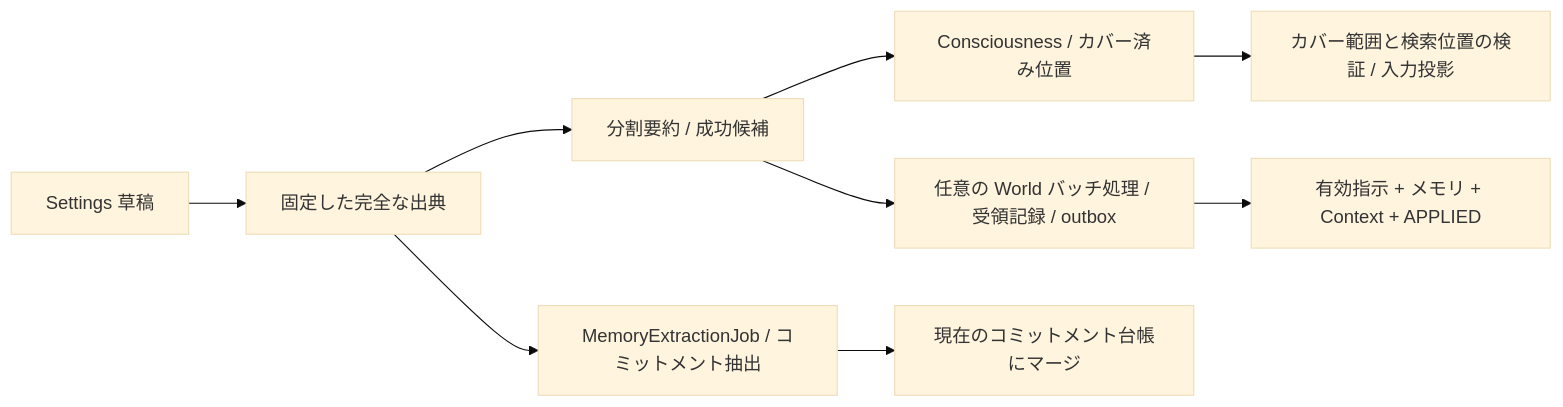
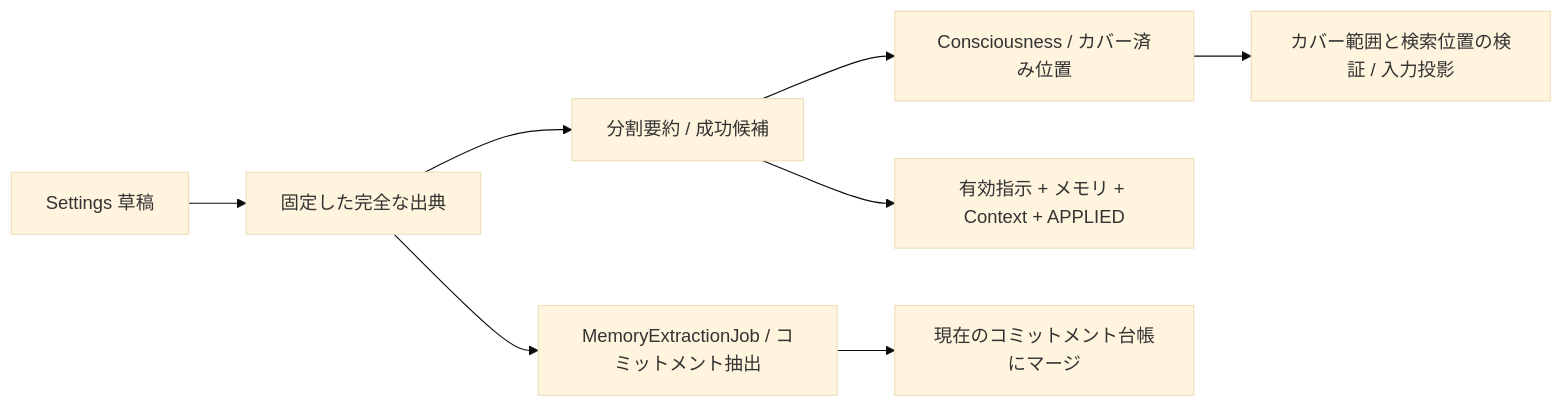
One commit to ExplodeCode6324/Secretary changed the third of 4 diagrams in docs/ja/data-flow.md. Above: the diagram before and after it, drawn with Mermaid (base theme). The commit also changed other lines of this file and 140 other files, not shown here.

````diff
--- a/docs/ja/data-flow.md
+++ b/docs/ja/data-flow.md
@@ -53,11 +53,10 @@
 ```mermaid
 flowchart LR
   Source[固定した完全な出典] --> Summary[分割要約 / 成功候補]
   Summary --> Memory[Consciousness / カバー済み位置]
   Source --> Extract[MemoryExtractionJob / コミットメント抽出]
   Extract --> Ledger[現在のコミットメント台帳にマージ]
   Memory --> Projection[カバー範囲と検索位置の検証 / 入力投影]
   Draft[Settings 草稿] --> Source
-  Summary --> World[任意の World バッチ処理 / 受領記録 / outbox]
-  World --> Applied[有効指示 + メモリ + Context + APPLIED]
+  Summary --> Applied[有効指示 + メモリ + Context + APPLIED]
 ```
````
